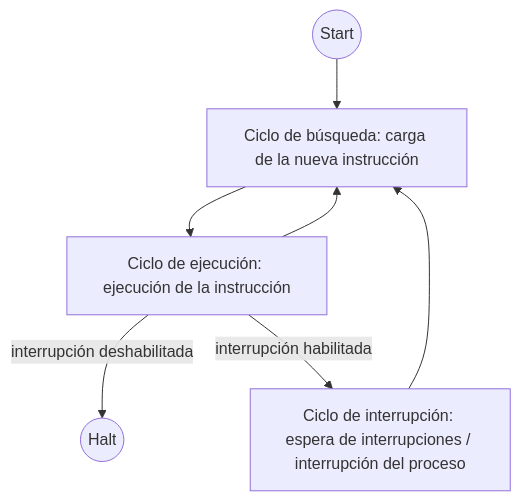
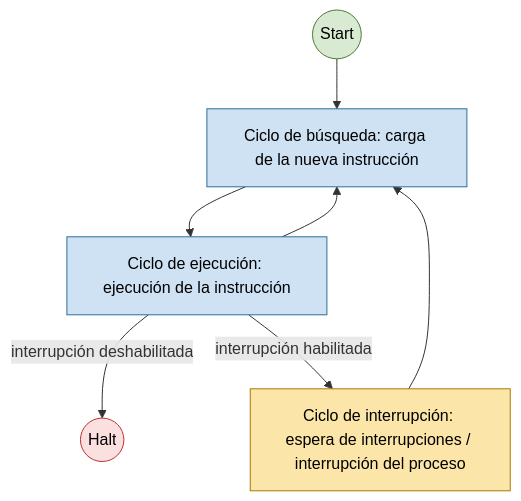
Before and after one commit to asiermarzo/ssoo: the fourth of 6 diagrams in TEORIA/01-introduccion-a-los-sistemas-operativos/README.md, drawn with Mermaid. The commit also changed other lines of this file and 25 other files, not shown here.

Commit message:
refinado de diagramas mermaid y svg

````diff
--- a/TEORIA/01-introduccion-a-los-sistemas-operativos/README.md
+++ b/TEORIA/01-introduccion-a-los-sistemas-operativos/README.md
@@ -180,9 +226,18 @@
 ```mermaid
 flowchart TD
     S((Start)) --> B[Ciclo de búsqueda: carga de la nueva instrucción]
     B --> E[Ciclo de ejecución: ejecución de la instrucción]
     E -->|interrupción deshabilitada| H((Halt))
     E -->|interrupción habilitada| I[Ciclo de interrupción: espera de interrupciones / interrupción del proceso]
     I --> B
     E --> B
+
+    classDef inicio fill:#d9ead3,stroke:#4d7a33,color:#000;
+    classDef fin fill:#fbe0e0,stroke:#b33,color:#000;
+    classDef paso fill:#cfe2f3,stroke:#2b6f99,color:#000;
+    classDef interrupcion fill:#fce5a8,stroke:#a67c00,color:#000;
+    class S inicio;
+    class H fin;
+    class B,E paso;
+    class I interrupcion;
 ```
````
